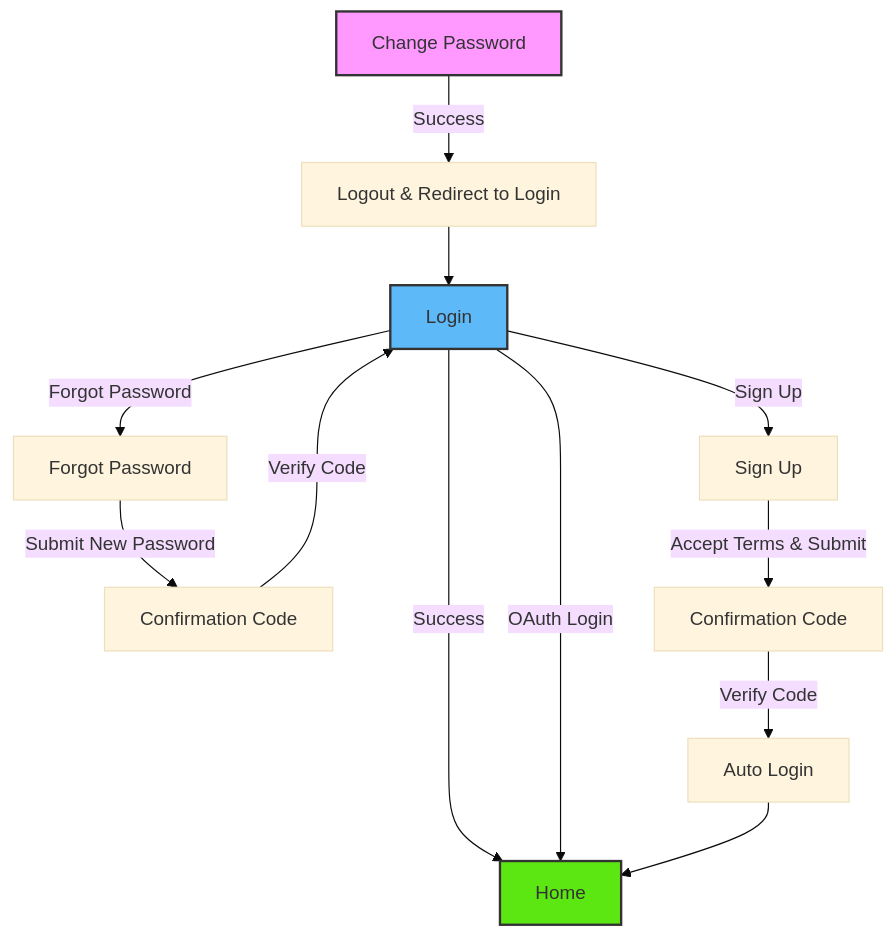
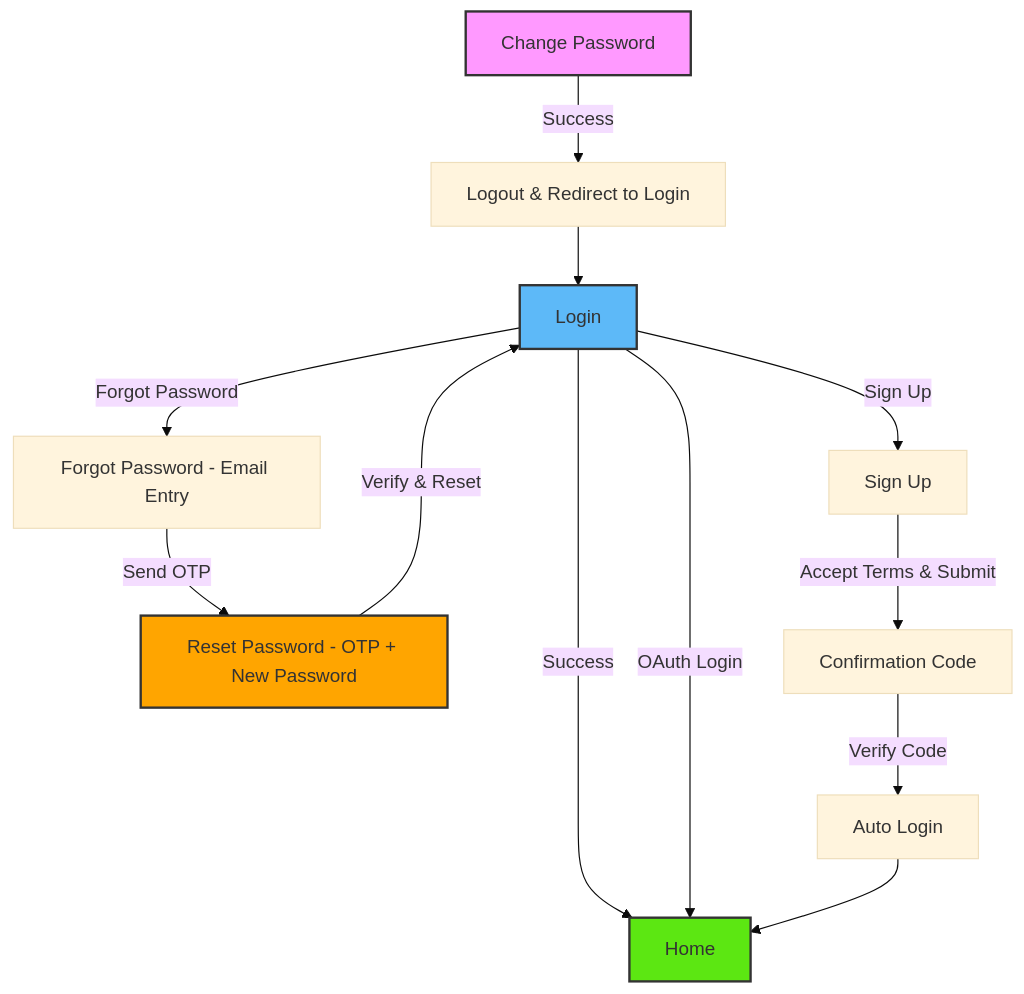
Before and after one commit to espressif/esp-rainmaker-home: the diagram in app/(auth)/README.md, drawn with Mermaid (base theme). The commit also changed other lines of this file and 7 other files, not shown here.

First line of the commit message:
Enhancement: Rectify forgot password flow

````diff
--- a/app/(auth)/README.md
+++ b/app/(auth)/README.md
@@ -167,25 +178,27 @@
 ```mermaid
 graph TD
     A[Login] -->|Success| B[Home]
     A -->|OAuth Login| B
 
-    A -->|Forgot Password| C[Forgot Password]
-    C -->|Submit New Password| D[Confirmation Code]
-    D -->|Verify Code| A
+    A -->|Forgot Password| C[Forgot Password - Email Entry]
+    C -->|Send OTP| D[Reset Password - OTP + New Password]
+    D -->|Verify & Reset| A
 
     A -->|Sign Up| E[Sign Up]
     E -->|Accept Terms & Submit| F[Confirmation Code]
     F -->|Verify Code| G[Auto Login]
     G --> B
 
     H[Change Password] -->|Success| I[Logout & Redirect to Login]
     I --> A
 
     classDef primary fill:#5db9f8,stroke:#333,stroke-width:2px;
     classDef success fill:#5ce712,stroke:#333,stroke-width:2px;
     classDef secondary fill:#f9f,stroke:#333,stroke-width:2px;
+    classDef reset fill:#ffa500,stroke:#333,stroke-width:2px;
 
     class A primary;
     class B success;
     class H secondary;
+    class D reset;
 ```
````
